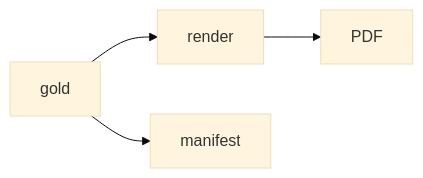
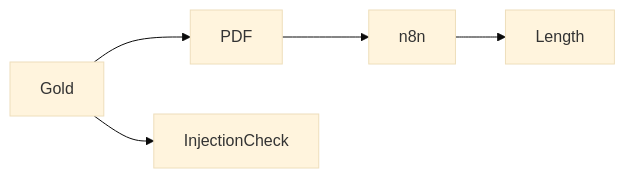
One commit to beyondalgorithms2026-source/Rescue_Diagnostic changed the diagram in .ai/REVIEW.md. Above: the diagram before and after it, drawn with Mermaid (base theme). The commit also changed other lines of this file and 8 other files, not shown here.

````diff
--- a/.ai/REVIEW.md
+++ b/.ai/REVIEW.md
@@ -7,5 +10,3 @@
 ```mermaid
-flowchart LR
-gold --> render --> PDF
-gold --> manifest
+flowchart LR; Gold --> PDF --> n8n --> Length; Gold --> InjectionCheck
 ```
````
